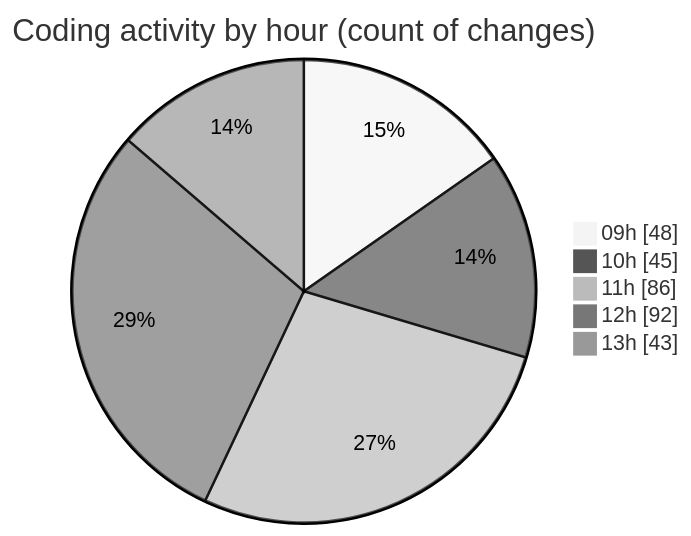
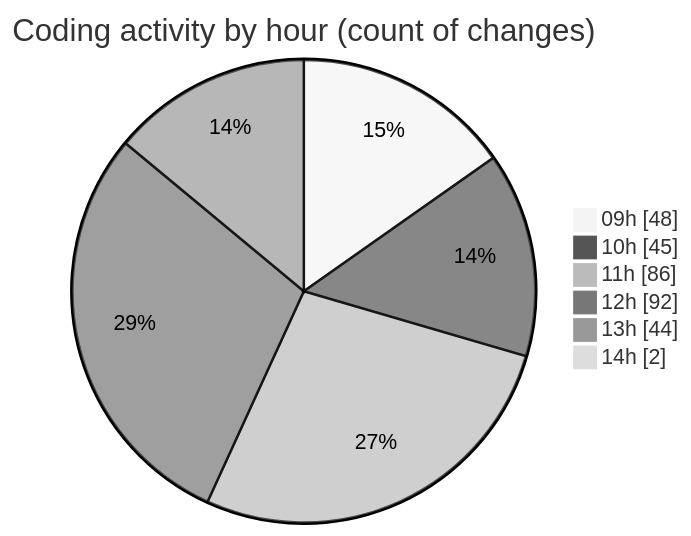
The second of 2 diagrams in 2025-03-14/cda/README.md (momahboobian/code-tracking), drawn with Mermaid (neutral theme) before and after one commit. The commit also changed other lines of this file and 1 other file, not shown here.

````diff
--- a/2025-03-14/cda/README.md
+++ b/2025-03-14/cda/README.md
@@ -45,9 +45,10 @@
 ```mermaid
 pie showData
 title Coding activity by hour (count of changes)
 "09h" : 48
 "10h" : 45
 "11h" : 86
 "12h" : 92
-"13h" : 43
+"13h" : 44
+"14h" : 2
 ```
````
